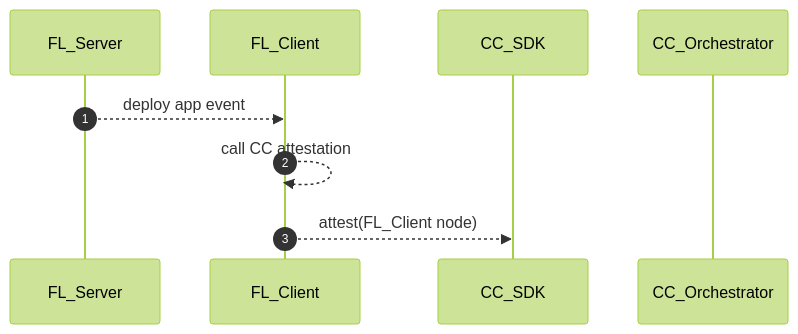
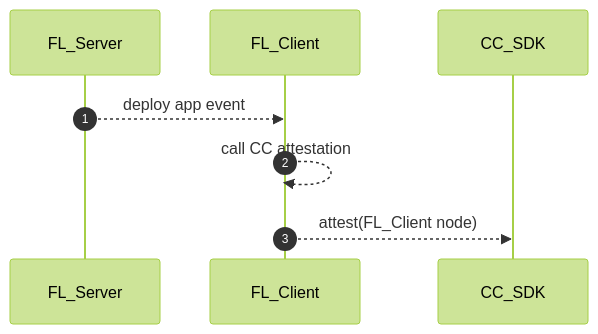
Before and after one commit to hitesh-ag1/NVFlare: the tenth of 13 diagrams in docs/confidential_computing/detailed_cc_sequence_diagram.md, drawn with Mermaid (forest theme). The commit also changed other lines of this file, not shown here.

Commit message:
Sequence diagram for CC

````diff
--- a/docs/confidential_computing/detailed_cc_sequence_diagram.md
+++ b/docs/confidential_computing/detailed_cc_sequence_diagram.md
@@ -222,13 +222,12 @@
 ```mermaid
 sequenceDiagram
    autonumber
     participant FL_Server
     participant FL_Client
     participant CC_SDK
-    participant CC_Orchestrator
-    
+   
     FL_Server -->> FL_Client: deploy app event
     FL_Client -->> FL_Client: call CC attestation 
     FL_Client -->> CC_SDK: attest(FL_Client node)
    
 ```
````
